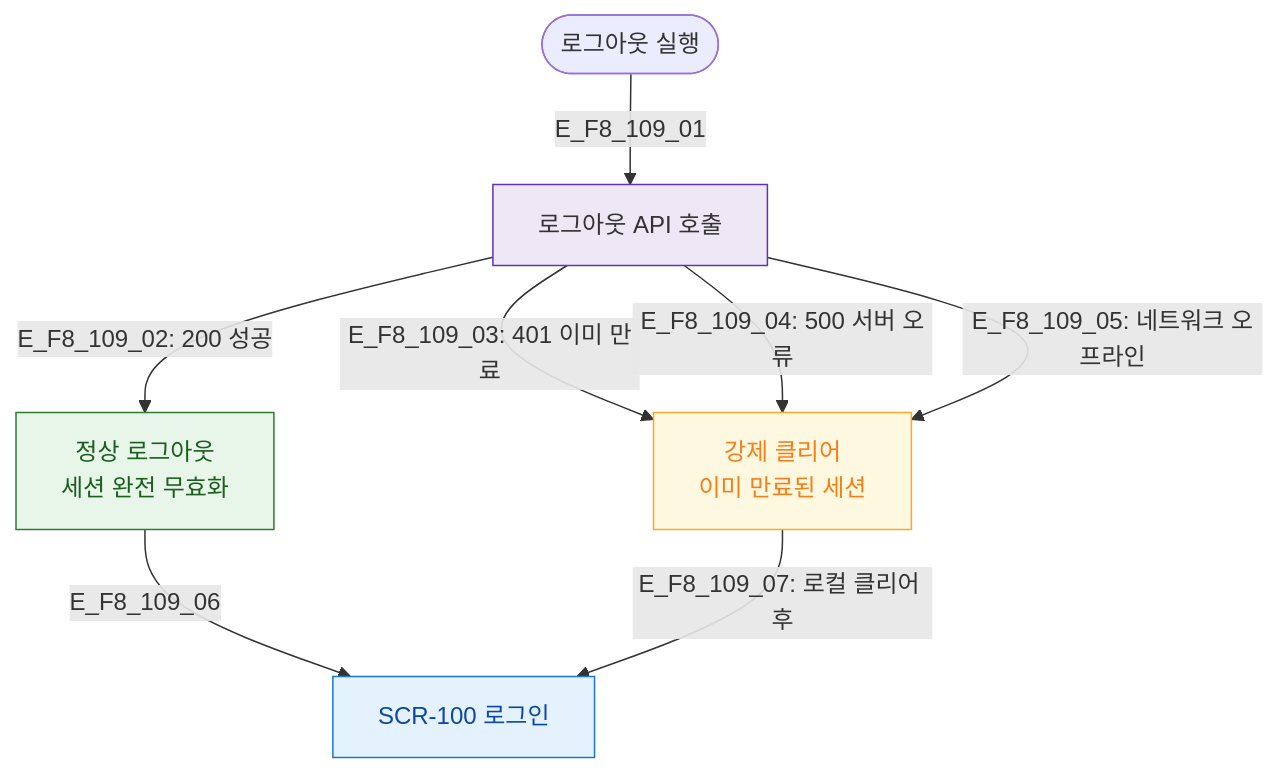
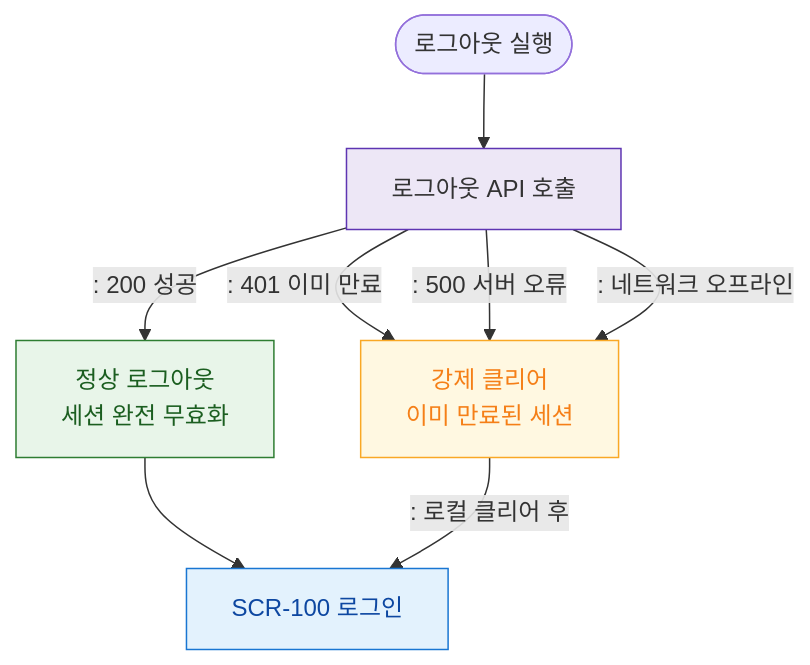
One commit to dev-spogym/admin-pando changed the diagram in docs/다이어그램/D01_공통/SCR-109_로그아웃/F8_에러.md. Above: the diagram before and after it, drawn with Mermaid. The commit also changed other lines of this file and 1660 other files, not shown here.

First line of the commit message:
다이어그램: 기획자/클라이언트 납품본으로 정리

````diff
--- a/docs/다이어그램/D01_공통/SCR-109_로그아웃/F8_에러.md
+++ b/docs/다이어그램/D01_공통/SCR-109_로그아웃/F8_에러.md
@@ -19,21 +17,21 @@
 ```mermaid
 flowchart TD
-    LOGOUT_ACTION([로그아웃 실행]) -->|E_F8_109_01| API_CALL[로그아웃 API 호출]
+    LOGOUT_ACTION([로그아웃 실행]) --> API_CALL[로그아웃 API 호출]
 
-    API_CALL -->|"E_F8_109_02: 200 성공"| CLEAN_EXIT[정상 로그아웃\n세션 완전 무효화]
-    API_CALL -->|"E_F8_109_03: 401 이미 만료"| FORCE_CLEAR[강제 클리어\n이미 만료된 세션]
-    API_CALL -->|"E_F8_109_04: 500 서버 오류"| FORCE_CLEAR
-    API_CALL -->|"E_F8_109_05: 네트워크 오프라인"| FORCE_CLEAR
+    API_CALL -->|": 200 성공"|CLEAN_EXIT[정상 로그아웃\n세션 완전 무효화]
+    API_CALL -->|": 401 이미 만료"|FORCE_CLEAR[강제 클리어\n이미 만료된 세션]
+    API_CALL -->|": 500 서버 오류"|FORCE_CLEAR
+    API_CALL -->|": 네트워크 오프라인"|FORCE_CLEAR
 
-    CLEAN_EXIT -->|E_F8_109_06| SCR_100[SCR-100 로그인]
-    FORCE_CLEAR -->|"E_F8_109_07: 로컬 클리어 후"| SCR_100
+    CLEAN_EXIT --> SCR_100[SCR-100 로그인]
+    FORCE_CLEAR -->|": 로컬 클리어 후"|SCR_100
 
-    classDef screen  fill:#E3F2FD,stroke:#1976D2,color:#0D47A1
-    classDef system  fill:#EDE7F6,stroke:#5E35B2
+    classDef screen fill:#E3F2FD,stroke:#1976D2,color:#0D47A1
+    classDef system fill:#EDE7F6,stroke:#5E35B2
     classDef success fill:#E8F5E9,stroke:#2E7D32,color:#1B5E20
     classDef warning fill:#FFF8E1,stroke:#F9A825,color:#F57F17
     class SCR_100 screen
     class API_CALL system
     class CLEAN_EXIT success
     class FORCE_CLEAR warning
 ```
````
